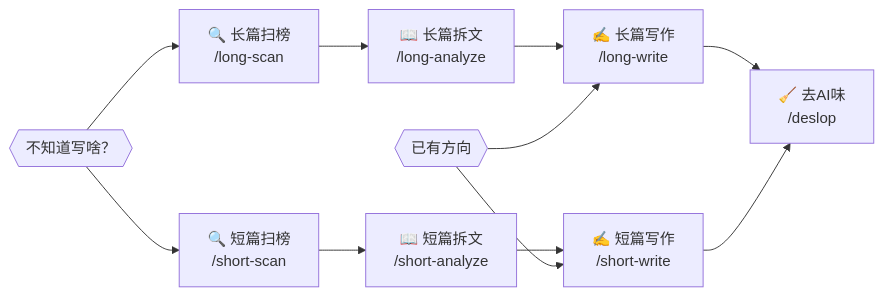
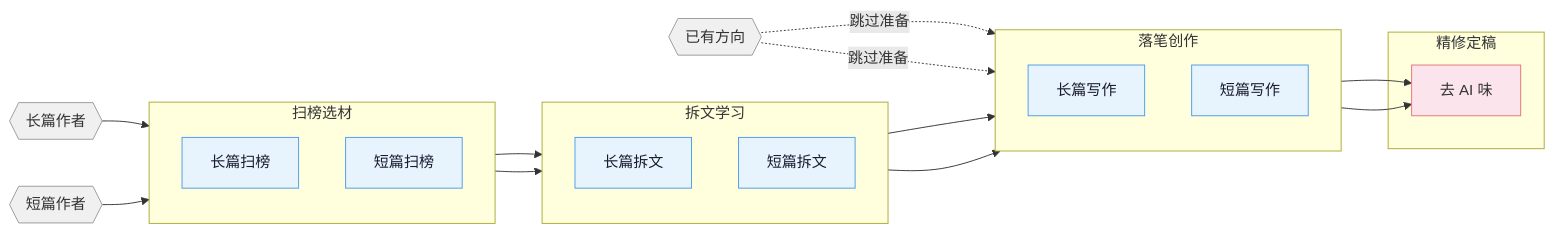
Before and after one commit to DevZonayed/nexalance-skill-worldwonderer-oh-story-claudecode: the diagram in README.md, drawn with Mermaid.

Commit message:
style: 简化 README 流程图，四阶段分组+浅色配色

````diff
--- a/README.md
+++ b/README.md
@@ -7,15 +7,43 @@
 ```mermaid
 flowchart LR
-    scan{{"不知道写啥？"}}
-    scan --> scan_l["🔍 长篇扫榜\n/long-scan"]
-    scan --> scan_s["🔍 短篇扫榜\n/short-scan"]
-    ready{{"已有方向"}}
-    scan_l --> analyze_l["📖 长篇拆文\n/long-analyze"]
-    scan_s --> analyze_s["📖 短篇拆文\n/short-analyze"]
-    analyze_l --> write_l["✍️ 长篇写作\n/long-write"]
-    analyze_s --> write_s["✍️ 短篇写作\n/short-write"]
-    ready --> write_l
-    ready --> write_s
-    write_l --> deslop["🧹 去AI味\n/deslop"]
+    classDef entry fill:#f0f0f0,color:#333,stroke:#999,stroke-width:1px
+    classDef phase fill:#e8f4fd,color:#1a1a2e,stroke:#4a9be8,stroke-width:1px
+    classDef final fill:#fce4ec,color:#333,stroke:#e57373,stroke-width:1px
+
+    entry_l{{"长篇作者"}}:::entry
+    entry_s{{"短篇作者"}}:::entry
+    entry_r{{"已有方向"}}:::entry
+
+    subgraph S1 ["  扫榜选材"]
+        direction TB
+        scan_l["长篇扫榜"]:::phase
+        scan_s["短篇扫榜"]:::phase
+    end
+
+    subgraph S2 ["  拆文学习"]
+        direction TB
+        analyze_l["长篇拆文"]:::phase
+        analyze_s["短篇拆文"]:::phase
+    end
+
+    subgraph S3 ["  落笔创作"]
+        direction TB
+        write_l["长篇写作"]:::phase
+        write_s["短篇写作"]:::phase
+    end
+
+    subgraph S4 ["  精修定稿"]
+        deslop["去 AI 味"]:::final
+    end
+
+    entry_l --> scan_l
+    entry_s --> scan_s
+    scan_l --> analyze_l
+    scan_s --> analyze_s
+    analyze_l --> write_l
+    analyze_s --> write_s
+    entry_r -.->|跳过准备| write_l
+    entry_r -.->|跳过准备| write_s
+    write_l --> deslop
     write_s --> deslop
 ```
````
